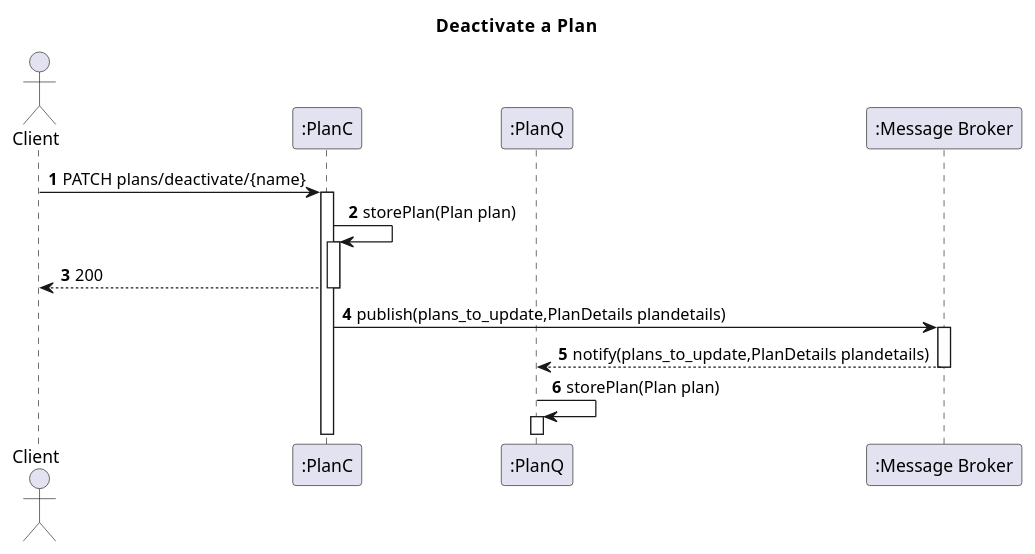
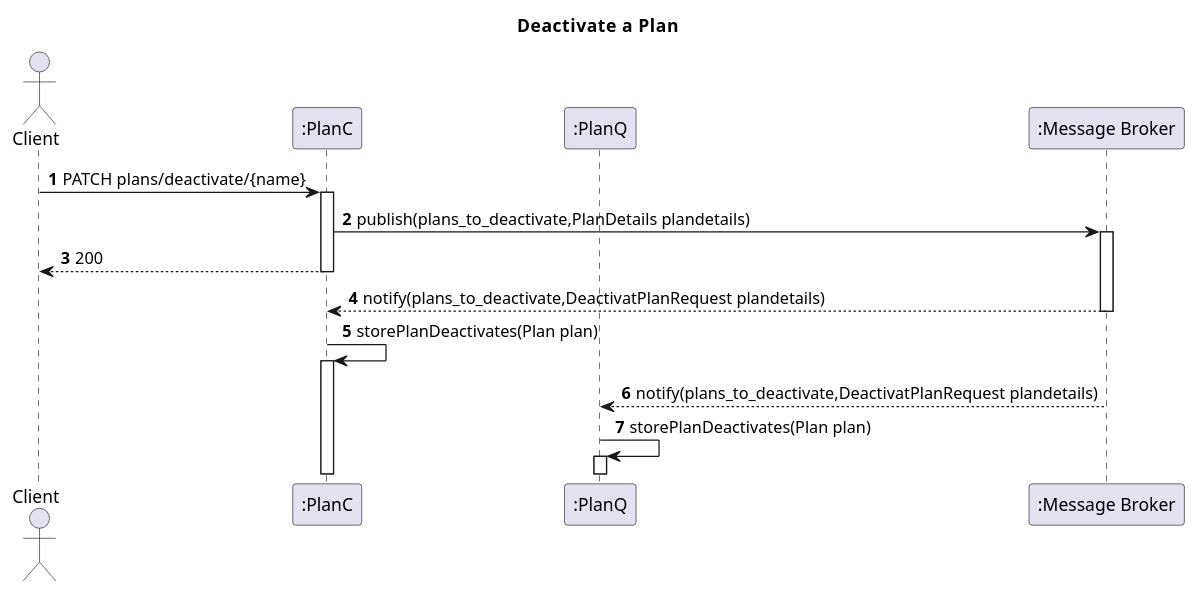
Before and after one commit to IsepMartimOliveira/SIDIS: the diagram in docs_sidis/Segunda_Avalição/Plans/Vista_Logica/N2/N2_Deactivate_Plan.puml, drawn with PlantUML. The commit also changed 7 other files, not shown here.

```diff
--- a/docs_sidis/Segunda_Avalição/Plans/Vista_Logica/N2/N2_Deactivate_Plan.puml
+++ b/docs_sidis/Segunda_Avalição/Plans/Vista_Logica/N2/N2_Deactivate_Plan.puml
@@ -1,36 +1,40 @@
 @startuml
 'https://plantuml.com/sequence-diagram
 autoactivate on
 autonumber
 title  Deactivate  a  Plan
 
 autonumber
 
 
 actor "Client" as Ac
 participant ":PlanC" as Auth
 participant ":PlanQ" as Serv
 
 participant ":Message Broker" as Broker
 
 
 Ac->Auth:PATCH plans/deactivate/{name}
-Auth->Auth:storePlan(Plan plan)
+Auth->Broker: publish(plans_to_deactivate,PlanDetails plandetails)
+
 Auth-->Ac:200
-Auth->Broker: publish(plans_to_update,PlanDetails plandetails)
-Broker-->Serv:notify(plans_to_update,PlanDetails plandetails)
-Serv->Serv:storePlan(Plan plan)
+Broker-->Auth:notify(plans_to_deactivate,DeactivatPlanRequest plandetails)
+Auth->Auth:storePlanDeactivates(Plan plan)
+
+Broker-->Serv:notify(plans_to_deactivate,DeactivatPlanRequest plandetails)
+
+Serv->Serv:storePlanDeactivates(Plan plan)
 
 
 
 
 
 
 
 
 
 
 
 
 
 @enduml
```
